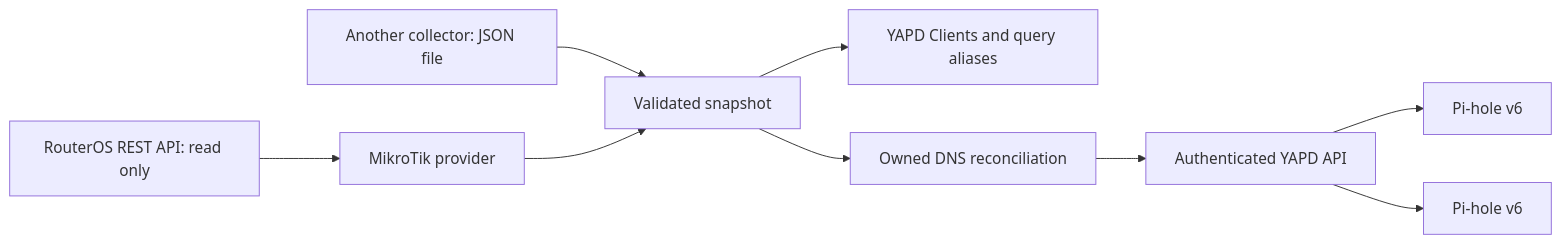
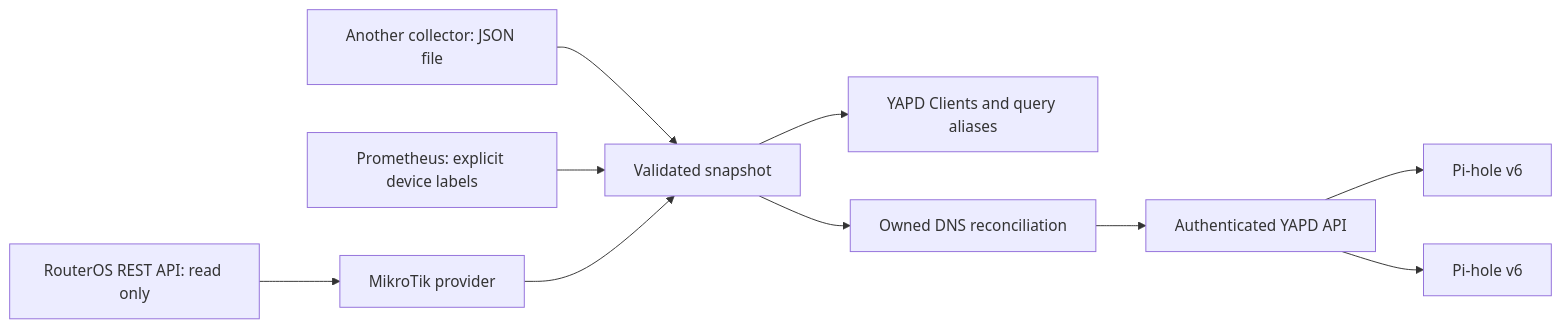
One commit to alexcf/yapd-identity-bridge changed the diagram in README.md. Above: the diagram before and after it, drawn with Mermaid. The commit also changed other lines of this file and 18 other files, not shown here.

````diff
--- a/README.md
+++ b/README.md
@@ -9,11 +9,12 @@
 ```mermaid
 flowchart LR
   R[RouterOS REST API: read only] --> M[MikroTik provider]
   J[Another collector: JSON file] --> S[Validated snapshot]
+  P[Prometheus: explicit device labels] --> S
   M --> S
   S --> I[YAPD Clients and query aliases]
   S --> W[Owned DNS reconciliation]
   W --> A[Authenticated YAPD API]
   A --> P1[Pi-hole v6]
   A --> P2[Pi-hole v6]
 ```
````
